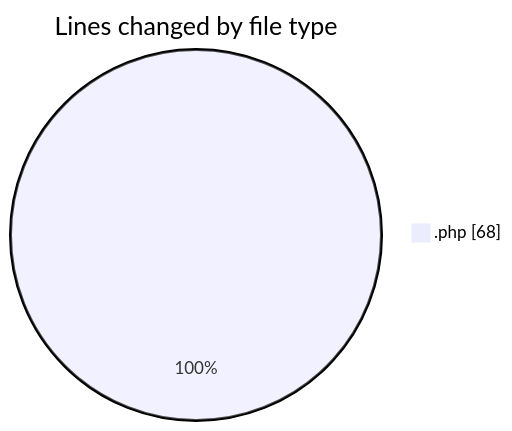
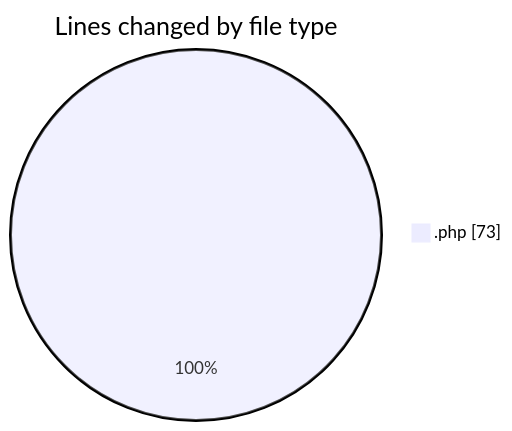
The first of 2 diagrams in 2025-06-09/studio-backend/README.md (idhammustaqopulfikri/code-tracking), drawn with Mermaid before and after one commit. The commit also changed other lines of this file and 1 other file, not shown here.

````diff
--- a/2025-06-09/studio-backend/README.md
+++ b/2025-06-09/studio-backend/README.md
@@ -20,5 +20,5 @@
 ```mermaid
 pie showData
 title Lines changed by file type
-".php" : 68
+".php" : 73
 ```
````
